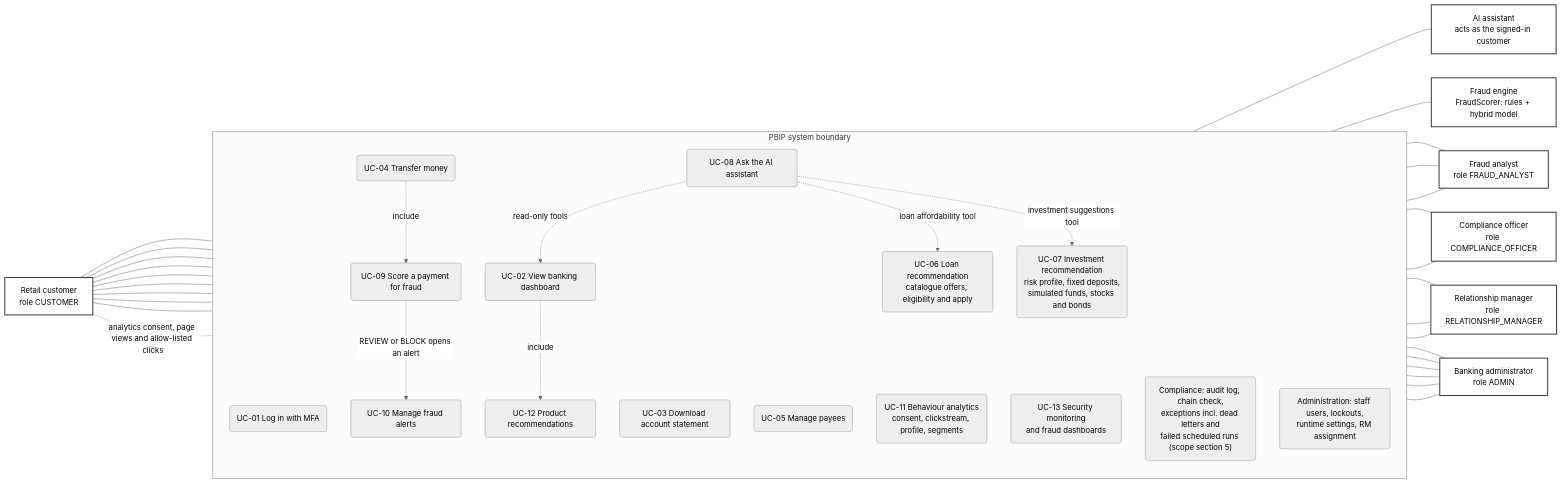
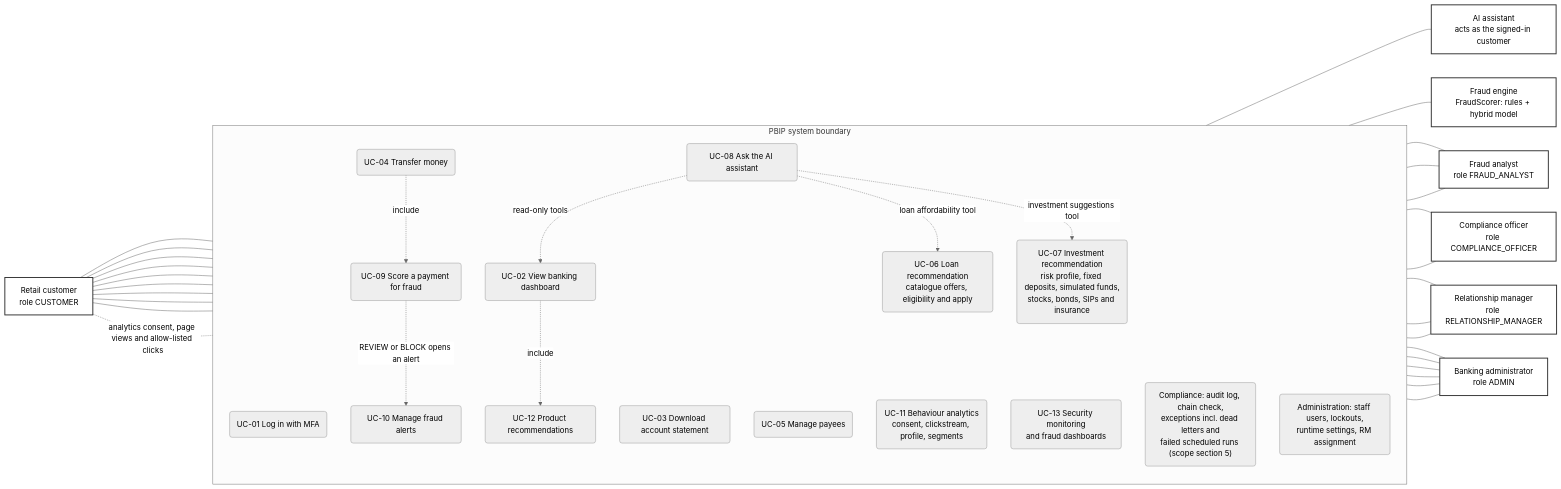
One commit to rachitst/pbip changed the diagram in docs/diagrams/use-case.md. Above: the diagram before and after it, drawn with Mermaid (neutral theme). The commit also changed other lines of this file and 16 other files, not shown here.

Commit message:
docs(diagrams): fund SIP and insurance application flows and states (#483, #484); SIP job in the component diagram

````diff
--- a/docs/diagrams/use-case.md
+++ b/docs/diagrams/use-case.md
@@ -12,67 +12,67 @@
 ```mermaid
 flowchart LR
     classDef actor fill:#fff,stroke:#333,stroke-width:2px
     customer["Retail customer<br/>role CUSTOMER"]:::actor
     assistant["AI assistant<br/>acts as the signed-in customer"]:::actor
     engine["Fraud engine<br/>FraudScorer: rules + hybrid model"]:::actor
 
     subgraph pbip["PBIP system boundary"]
         direction TB
         uc01("UC-01 Log in with MFA")
         uc02("UC-02 View banking dashboard")
         uc03("UC-03 Download account statement")
         uc04("UC-04 Transfer money")
         uc05("UC-05 Manage payees")
         uc06("UC-06 Loan recommendation<br/>catalogue offers, eligibility and apply")
-        uc07("UC-07 Investment recommendation<br/>risk profile, fixed deposits,<br/>simulated funds, stocks and bonds")
+        uc07("UC-07 Investment recommendation<br/>risk profile, fixed deposits, simulated funds,<br/>stocks, bonds, SIPs and insurance")
         uc08("UC-08 Ask the AI assistant")
         uc09("UC-09 Score a payment for fraud")
         uc10("UC-10 Manage fraud alerts")
         uc11("UC-11 Behaviour analytics<br/>consent, clickstream, profile, segments")
         uc12("UC-12 Product recommendations")
         uc13("UC-13 Security monitoring<br/>and fraud dashboards")
         ucaud("Compliance: audit log, chain check,<br/>exceptions incl. dead letters and<br/>failed scheduled runs (scope section 5)")
         ucadm("Administration: staff users, lockouts,<br/>runtime settings, RM assignment")
     end
 
     analyst["Fraud analyst<br/>role FRAUD_ANALYST"]:::actor
     compliance["Compliance officer<br/>role COMPLIANCE_OFFICER"]:::actor
     rm["Relationship manager<br/>role RELATIONSHIP_MANAGER"]:::actor
     admin["Banking administrator<br/>role ADMIN"]:::actor
 
     customer --- uc01
     customer --- uc02
     customer --- uc03
     customer --- uc04
     customer --- uc05
     customer --- uc06
     customer --- uc07
     customer --- uc08
     customer --- uc12
     customer -. "analytics consent, page views and allow-listed clicks" .- uc11
 
     uc08 --- assistant
     uc09 --- engine
 
     uc04 -. "include" .-> uc09
     uc09 -. "REVIEW or BLOCK opens an alert" .-> uc10
     uc02 -. "include" .-> uc12
     uc08 -. "read-only tools" .-> uc02
     uc08 -. "loan affordability tool" .-> uc06
     uc08 -. "investment suggestions tool" .-> uc07
 
     uc01 --- analyst
     uc10 --- analyst
     uc13 --- analyst
     uc01 --- compliance
     ucaud --- compliance
     uc01 --- rm
     uc11 --- rm
     uc12 --- rm
     uc01 --- admin
     ucadm --- admin
     uc10 --- admin
     uc13 --- admin
     ucaud --- admin
     uc11 --- admin
 ```
````
